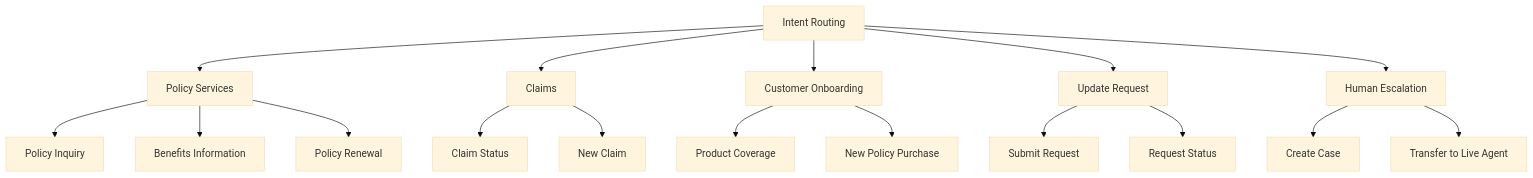
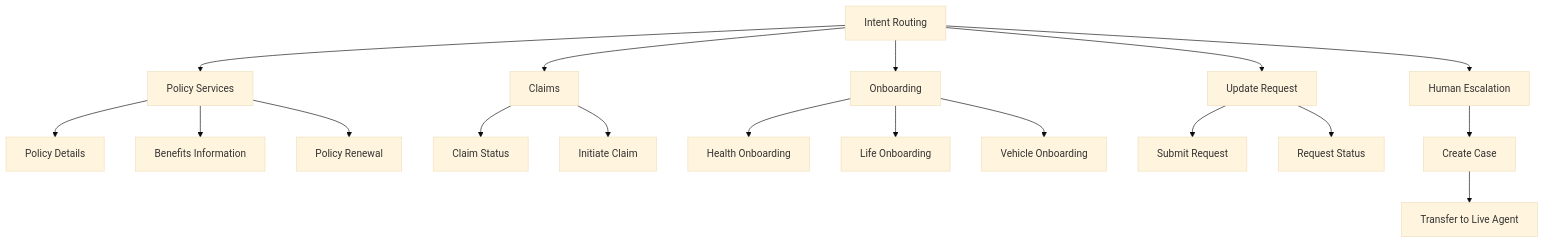
The diagram in cx-agent-studio-design/flows.md (sanskriti-s407/insurance-voice-agent), drawn with Mermaid (base theme) before and after one commit. The commit also changed other lines of this file, not shown here.

Commit message:
flows.md

````diff
--- a/cx-agent-studio-design/flows.md
+++ b/cx-agent-studio-design/flows.md
@@ -19,32 +20,33 @@
 ```mermaid
 flowchart TD
 
 A[Intent Routing]
 
 A --> B[Policy Services]
 A --> C[Claims]
-A --> D[Customer Onboarding]
+A --> D[Onboarding]
 A --> E[Update Request]
 A --> F[Human Escalation]
 
 %% Policy Services
-B --> B1[Policy Inquiry]
+B --> B1[Policy Details]
 B --> B2[Benefits Information]
 B --> B3[Policy Renewal]
 
 %% Claims
 C --> C1[Claim Status]
-C --> C2[New Claim]
+C --> C2[Initiate Claim]
 
-%% Customer Onboarding
-D --> D1[Product Coverage]
-D --> D2[New Policy Purchase]
+%% Onboarding
+D --> D1[Health Onboarding]
+D --> D2[Life Onboarding]
+D --> D3[Vehicle Onboarding]
 
 %% Update Request
 E --> E1[Submit Request]
 E --> E2[Request Status]
 
 %% Human Escalation
 F --> F1[Create Case]
-F --> F2[Transfer to Live Agent]
+F1 --> F2[Transfer to Live Agent]
 ```
````
